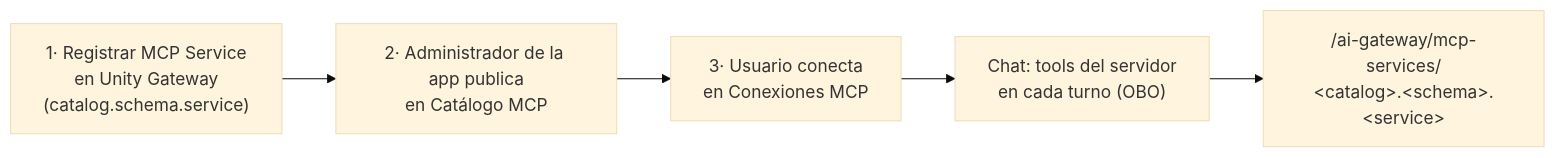
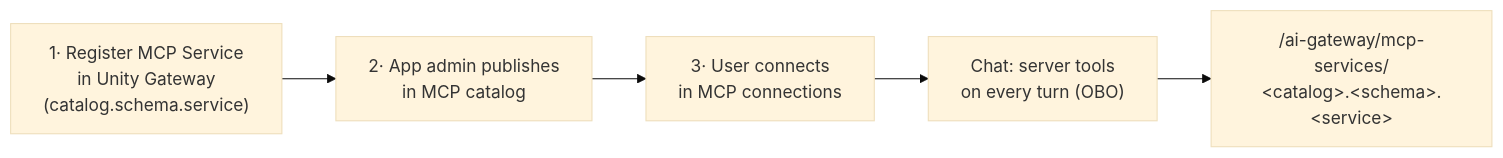
One commit to pedrotramos/ai-prism changed the diagram in docs/es/mcp-connections.md. Above: the diagram before and after it, drawn with Mermaid (base theme). The commit also changed other lines of this file and 9 other files, not shown here.

First line of the commit message:
docs(i18n): Mermaid diagrams byte-identical to English in every locale (W2-10 QA r1)

````diff
--- a/docs/es/mcp-connections.md
+++ b/docs/es/mcp-connections.md
@@ -31,7 +30,7 @@
 ```mermaid
 flowchart LR
-    A["1· Registrar MCP Service<br/>en Unity Gateway<br/>(catalog.schema.service)"] --> B["2· Administrador de la app publica<br/>en Catálogo MCP"]
-    B --> C["3· Usuario conecta<br/>en Conexiones MCP"]
-    C --> D["Chat: tools del servidor<br/>en cada turno (OBO)"]
+    A["1· Register MCP Service<br/>in Unity Gateway<br/>(catalog.schema.service)"] --> B["2· App admin publishes<br/>in MCP catalog"]
+    B --> C["3· User connects<br/>in MCP connections"]
+    C --> D["Chat: server tools<br/>on every turn (OBO)"]
     D --> E["/ai-gateway/mcp-services/<br/>&lt;catalog&gt;.&lt;schema&gt;.&lt;service&gt;"]
 ```
````
